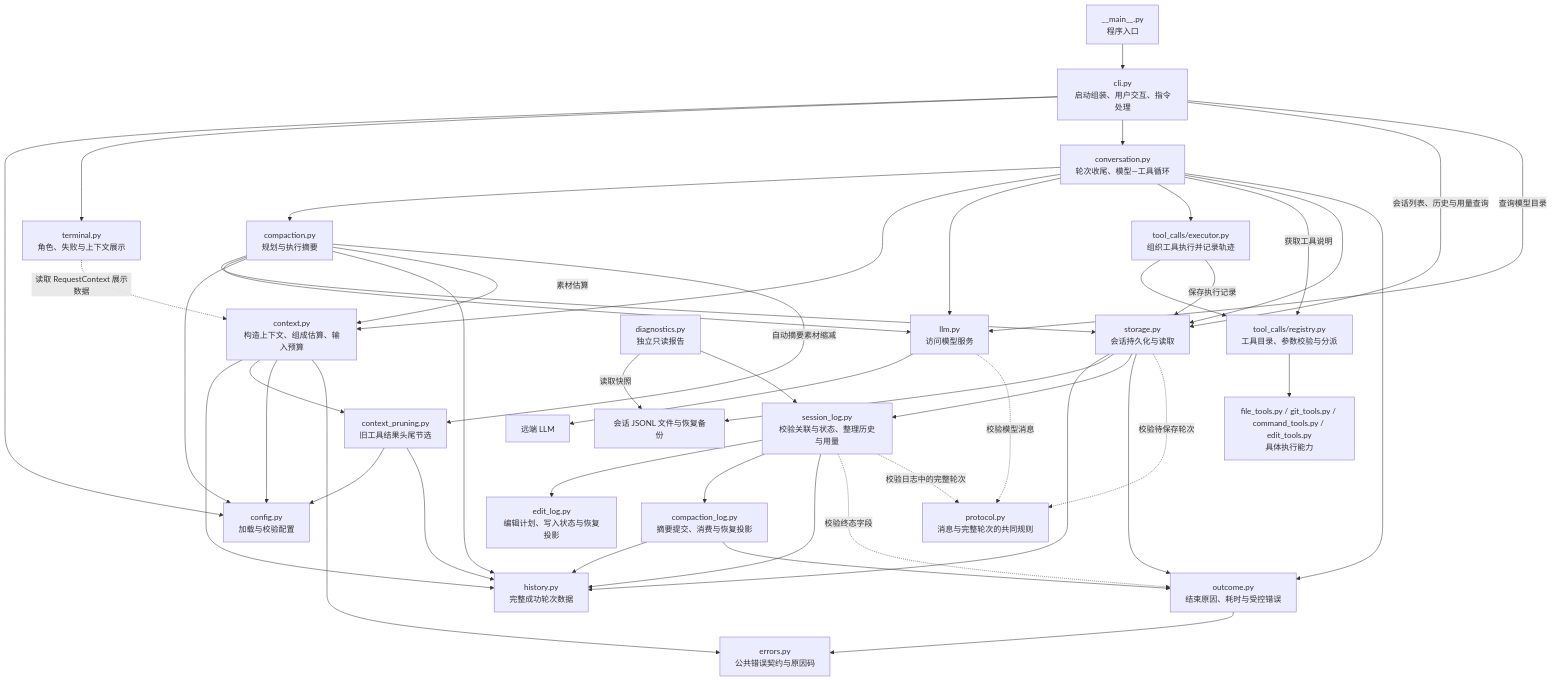
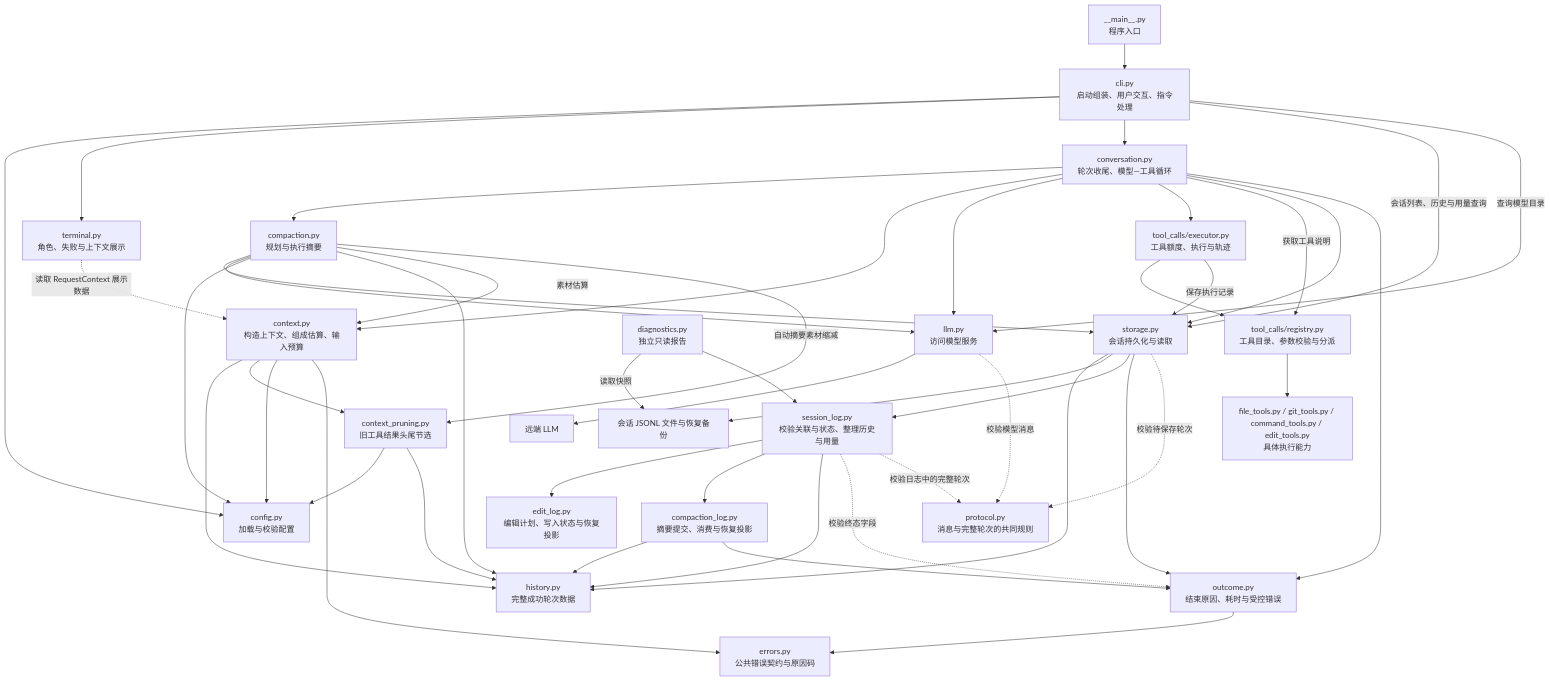
One commit to Plvltra/AdamAgent changed the first of 3 diagrams in docs/architecture.md. Above: the diagram before and after it, drawn with Mermaid. The commit also changed other lines of this file and 12 other files, not shown here.

````diff
--- a/docs/architecture.md
+++ b/docs/architecture.md
@@ -15,52 +15,52 @@
 ```mermaid
 flowchart TD
     ENTRY["__main__.py<br/>程序入口"] --> CLI["cli.py<br/>启动组装、用户交互、指令处理"]
     CLI --> CONFIG["config.py<br/>加载与校验配置"]
     CLI --> TERMINAL["terminal.py<br/>角色、失败与上下文展示"]
     CLI --> CONV["conversation.py<br/>轮次收尾、模型—工具循环"]
     CLI -->|"会话列表、历史与用量查询"| STORE["storage.py<br/>会话持久化与读取"]
 
     CONV --> COMPACT["compaction.py<br/>规划与执行摘要"]
     COMPACT --> STORE
     COMPACT --> LLM
     COMPACT --> CONFIG
     COMPACT --> HISTORY
     COMPACT -->|"素材估算"| CONTEXT
     COMPACT -->|"自动摘要素材缩减"| PRUNE
     LOG --> EDITLOG["edit_log.py<br/>编辑计划、写入状态与恢复投影"]
     LOG --> CLOG["compaction_log.py<br/>摘要提交、消费与恢复投影"]
     CLOG --> HISTORY
     CLOG --> OUTCOME
     CONV --> CONTEXT["context.py<br/>构造上下文、组成估算、输入预算"]
     CONTEXT --> HISTORY["history.py<br/>完整成功轮次数据"]
     STORE --> HISTORY
     LOG --> HISTORY
     CONTEXT --> PRUNE["context_pruning.py<br/>旧工具结果头尾节选"]
     PRUNE --> CONFIG
     PRUNE --> HISTORY
     CONTEXT --> CONFIG
     CONTEXT --> ERROR
     TERMINAL -.->|"读取 RequestContext 展示数据"| CONTEXT
     CONV --> LLM["llm.py<br/>访问模型服务"]
     CLI -->|"查询模型目录"| LLM
     LLM --> API["远端 LLM"]
-    CONV --> EXEC["tool_calls/executor.py<br/>组织工具执行并记录轨迹"]
+    CONV --> EXEC["tool_calls/executor.py<br/>工具额度、执行与轨迹"]
     CONV -->|"获取工具说明"| REG["tool_calls/registry.py<br/>工具目录、参数校验与分派"]
     EXEC --> REG
     REG --> TOOLS["file_tools.py / git_tools.py / command_tools.py / edit_tools.py<br/>具体执行能力"]
 
     CONV --> STORE
     EXEC -->|"保存执行记录"| STORE
     STORE --> FILE["会话 JSONL 文件与恢复备份"]
     DIAG["diagnostics.py<br/>独立只读报告"] -->|读取快照| FILE
     DIAG --> LOG
     STORE --> LOG["session_log.py<br/>校验关联与状态、整理历史与用量"]
     CONV --> OUTCOME["outcome.py<br/>结束原因、耗时与受控错误"]
     STORE --> OUTCOME
     LOG -.->|"校验终态字段"| OUTCOME
     OUTCOME --> ERROR["errors.py<br/>公共错误契约与原因码"]
 
     LLM -.->|"校验模型消息"| PROTOCOL["protocol.py<br/>消息与完整轮次的共同规则"]
     STORE -.->|"校验待保存轮次"| PROTOCOL
     LOG -.->|"校验日志中的完整轮次"| PROTOCOL
 ```
````
